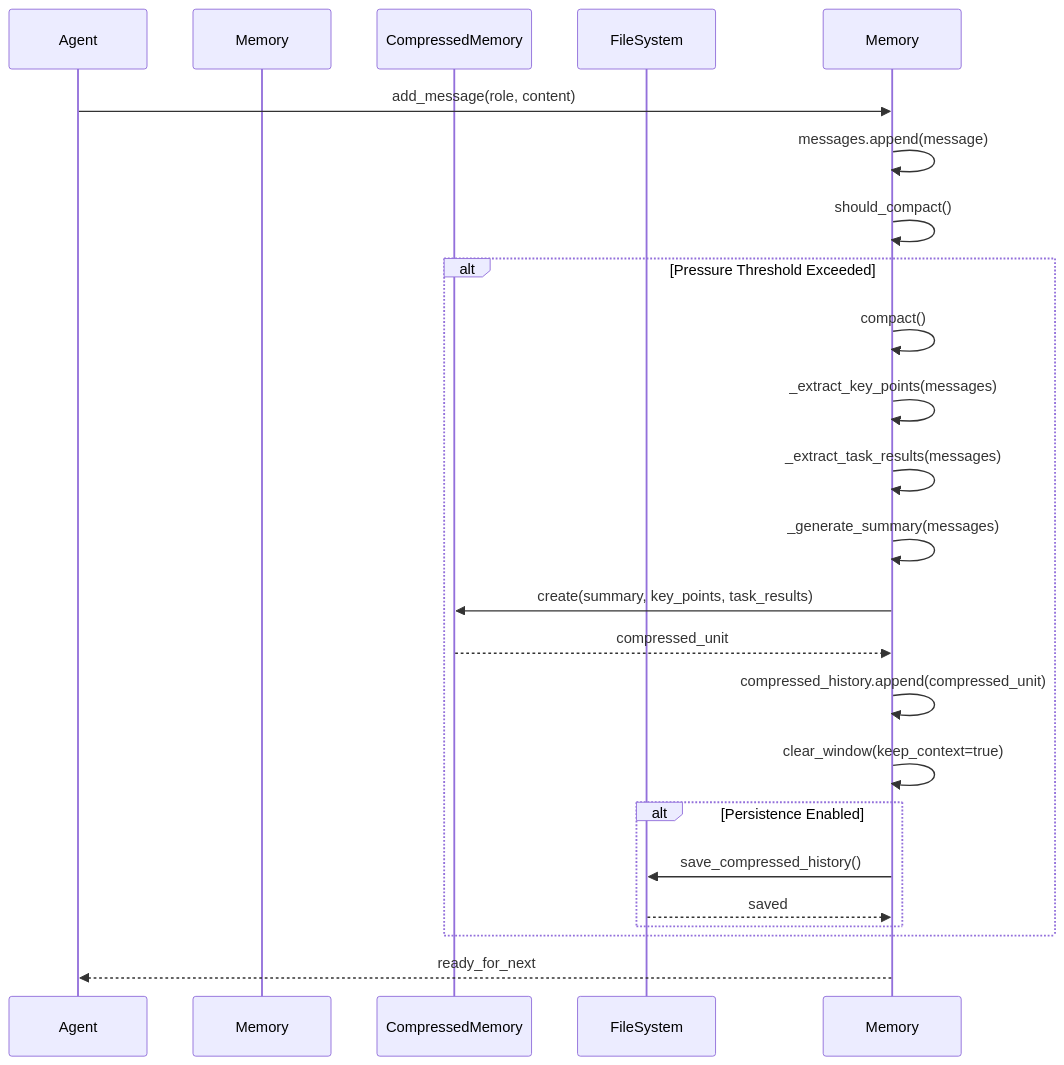
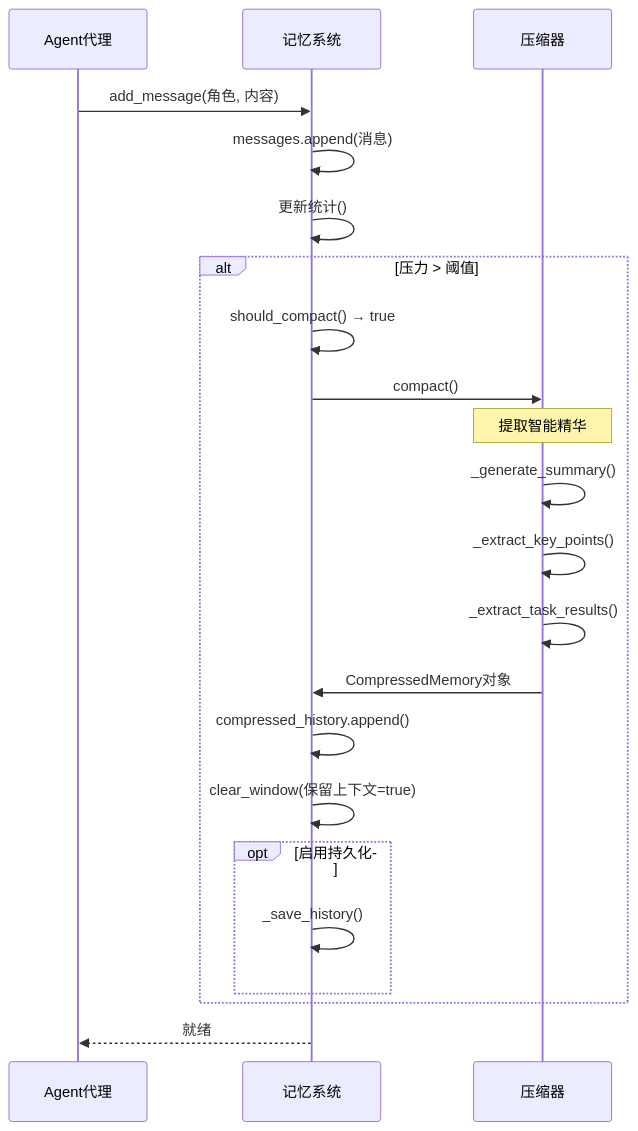
Before and after one commit to guci314/mda: the second of 8 diagrams in pim-compiler/react_is_all_you_need/uml_model/interaction_diagram.md, drawn with Mermaid. The commit also changed other lines of this file and 42 other files, not shown here.

````diff
--- a/pim-compiler/react_is_all_you_need/uml_model/interaction_diagram.md
+++ b/pim-compiler/react_is_all_you_need/uml_model/interaction_diagram.md
@@ -45,29 +41,30 @@
 ```mermaid
 sequenceDiagram
-    participant Agent
-    participant MemoryWithNaturalDecay as Memory
-    participant CompressedMemory
-    participant FileSystem
+    participant Agent代理
+    participant 记忆系统
+    participant 压缩器
 
-    Agent->>Memory: add_message(role, content)
-    Memory->>Memory: messages.append(message)
-    Memory->>Memory: should_compact()
+    Agent代理->>记忆系统: add_message(角色, 内容)
+    记忆系统->>记忆系统: messages.append(消息)
+    记忆系统->>记忆系统: 更新统计()
     
-    alt Pressure Threshold Exceeded
-        Memory->>Memory: compact()
-        Memory->>Memory: _extract_key_points(messages)
-        Memory->>Memory: _extract_task_results(messages)
-        Memory->>Memory: _generate_summary(messages)
-        Memory->>CompressedMemory: create(summary, key_points, task_results)
-        CompressedMemory-->>Memory: compressed_unit
-        Memory->>Memory: compressed_history.append(compressed_unit)
-        Memory->>Memory: clear_window(keep_context=true)
+    alt 压力 > 阈值
+        记忆系统->>记忆系统: should_compact() → true
+        记忆系统->>压缩器: compact()
         
-        alt Persistence Enabled
-            Memory->>FileSystem: save_compressed_history()
-            FileSystem-->>Memory: saved
+        Note over 压缩器: 提取智能精华
+        压缩器->>压缩器: _generate_summary()
+        压缩器->>压缩器: _extract_key_points()
+        压缩器->>压缩器: _extract_task_results()
+        
+        压缩器->>记忆系统: CompressedMemory对象
+        记忆系统->>记忆系统: compressed_history.append()
+        记忆系统->>记忆系统: clear_window(保留上下文=true)
+        
+        opt 启用持久化
+            记忆系统->>记忆系统: _save_history()
         end
     end
     
-    Memory-->>Agent: ready_for_next
+    记忆系统-->>Agent代理: 就绪
 ```
````
